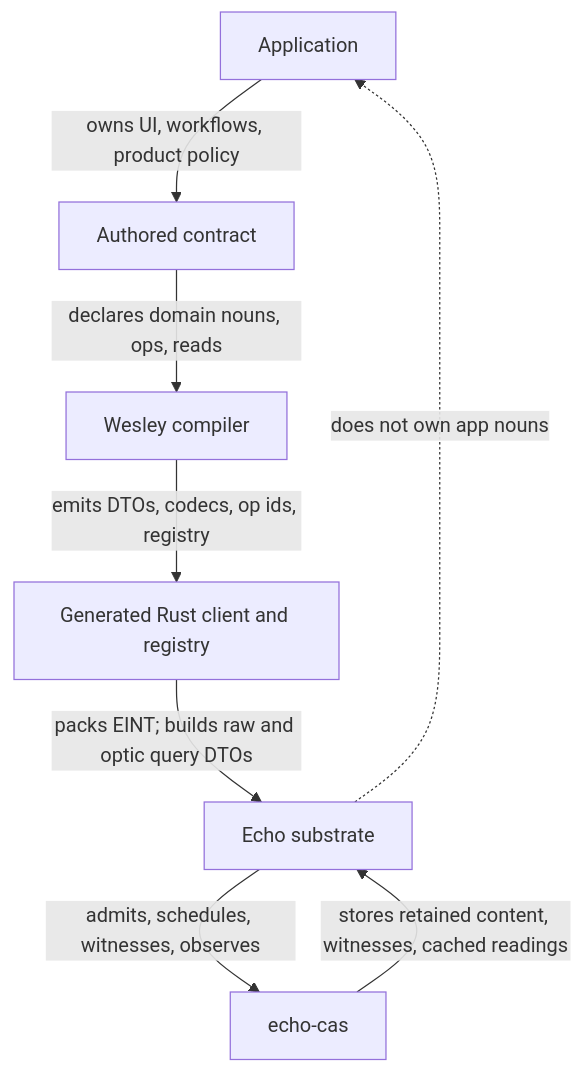
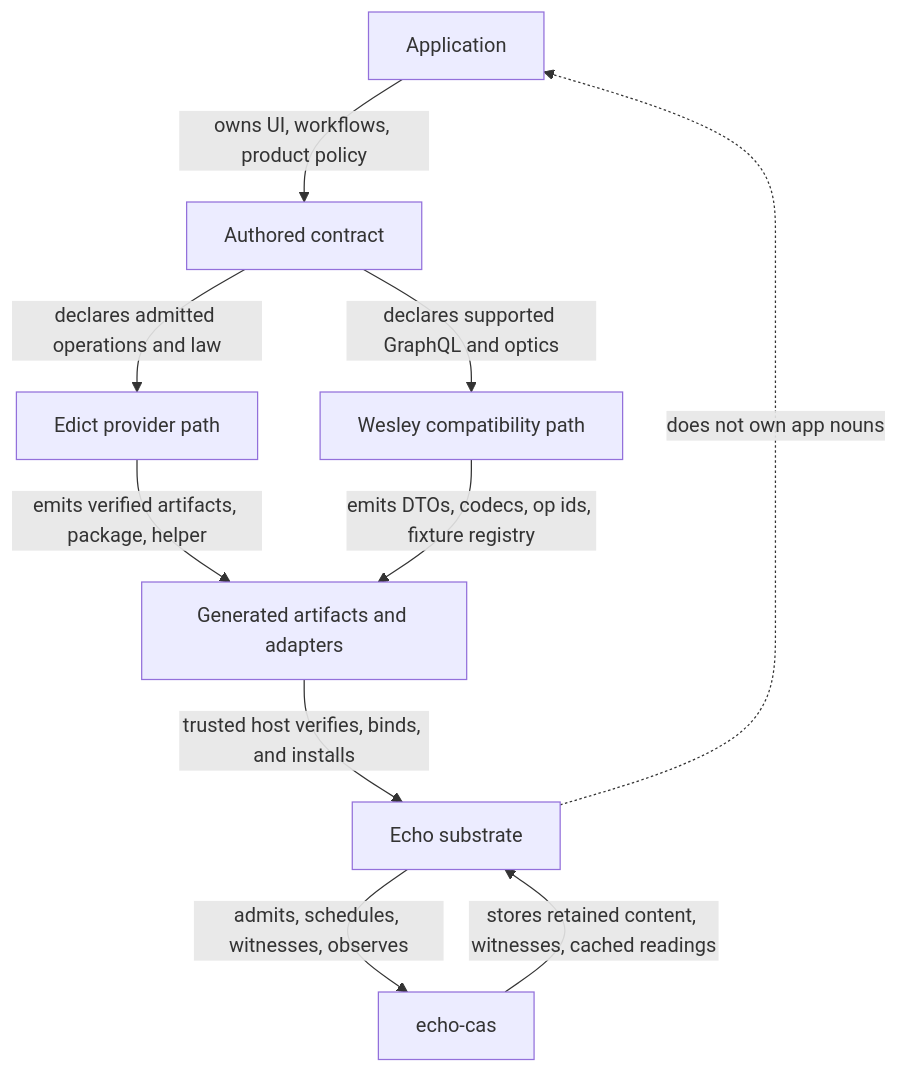
The first of 8 diagrams in docs/architecture/application-contract-hosting.md (flyingrobots/echo), drawn with Mermaid before and after one commit. The commit also changed other lines of this file and 6 other files, not shown here.

Commit message:
Correct generated contract boundary documentation

````diff
--- a/docs/architecture/application-contract-hosting.md
+++ b/docs/architecture/application-contract-hosting.md
@@ -71,18 +75,21 @@
 ```mermaid
 flowchart TB
     app["Application"]
     contract["Authored contract"]
-    wesley["Wesley compiler"]
-    generated["Generated Rust client and registry"]
+    edict["Edict provider path"]
+    wesley["Wesley compatibility path"]
+    generated["Generated artifacts and adapters"]
     echo["Echo substrate"]
     cas["echo-cas"]
 
     app -->|"owns UI, workflows, product policy"| contract
-    contract -->|"declares domain nouns, ops, reads"| wesley
-    wesley -->|"emits DTOs, codecs, op ids, registry"| generated
-    generated -->|"packs EINT; builds raw and optic query DTOs"| echo
+    contract -->|"declares admitted operations and law"| edict
+    contract -->|"declares supported GraphQL and optics"| wesley
+    edict -->|"emits verified artifacts, package, helper"| generated
+    wesley -->|"emits DTOs, codecs, op ids, fixture registry"| generated
+    generated -->|"trusted host verifies, binds, and installs"| echo
     echo -->|"admits, schedules, witnesses, observes"| cas
     cas -->|"stores retained content, witnesses, cached readings"| echo
 
     echo -. "does not own app nouns" .-> app
 ```
````
